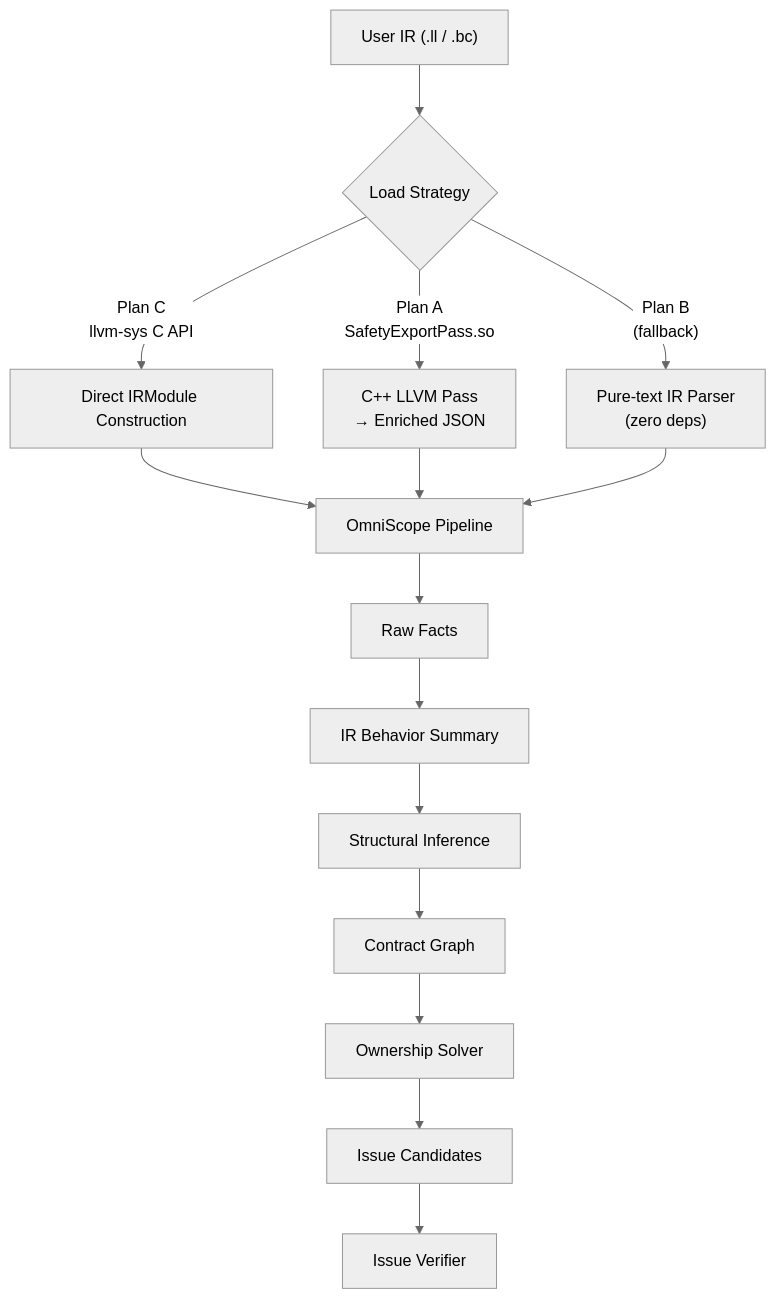
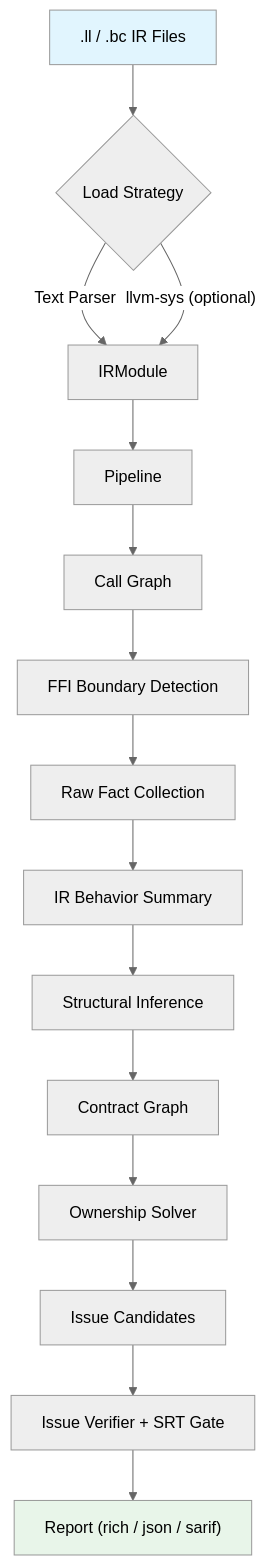
Before and after one commit to Timwood0x10/OmniScope-rs: the first of 2 diagrams in README.md, drawn with Mermaid (neutral theme). The commit also changed other lines of this file and 2 other files, not shown here.

````diff
--- a/README.md
+++ b/README.md
@@ -31,17 +15,20 @@
 ```mermaid
 flowchart TD
-    A["User IR (.ll / .bc)"] --> B{"Load Strategy"}
-    B -->|"Plan C<br/>llvm-sys C API"| C["Direct IRModule Construction"]
-    B -->|"Plan A<br/>SafetyExportPass.so"| D["C++ LLVM Pass<br/>→ Enriched JSON"]
-    B -->|"Plan B<br/>(fallback)"| E["Pure-text IR Parser<br/>(zero deps)"]
-    C --> F["OmniScope Pipeline"]
-    D --> F
-    E --> F
-    F --> G["Raw Facts"]
+    A[".ll / .bc IR Files"] --> B{"Load Strategy"}
+    B -->|"Text Parser"| C["IRModule"]
+    B -->|"llvm-sys (optional)"| C
+    C --> D["Pipeline"]
+    D --> E["Call Graph"]
+    E --> F["FFI Boundary Detection"]
+    F --> G["Raw Fact Collection"]
     G --> H["IR Behavior Summary"]
     H --> I["Structural Inference"]
     I --> J["Contract Graph"]
     J --> K["Ownership Solver"]
     K --> L["Issue Candidates"]
-    L --> M["Issue Verifier"]
+    L --> M["Issue Verifier + SRT Gate"]
+    M --> N["Report (rich / json / sarif)"]
+
+    style A fill:#e1f5fe
+    style N fill:#e8f5e9
 ```
````
